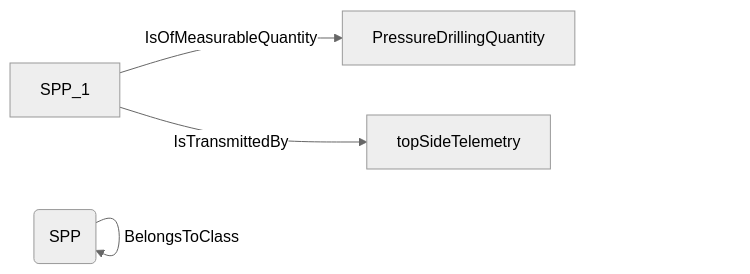
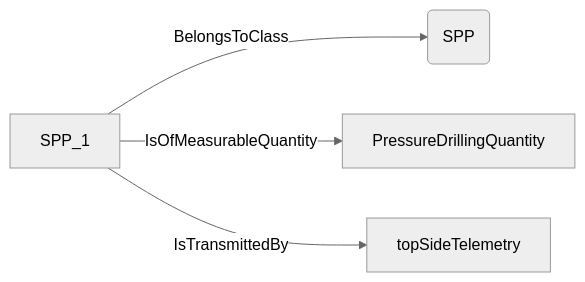
Diagram 11 of 14 in docs/vocabulary_development/auto-generated/md/definition-files/DataTransmission.md (D-WIS/DDHub-Semantic-Interoperability), drawn with Mermaid (neutral theme) before and after one commit. The commit also changed other lines of this file and 16 other files, not shown here.

````diff
--- a/docs/vocabulary_development/auto-generated/md/definition-files/DataTransmission.md
+++ b/docs/vocabulary_development/auto-generated/md/definition-files/DataTransmission.md
@@ -357,6 +357,6 @@
 ```mermaid
 graph LR
-	N0000[SPP] -->|BelongsToClass| N0000(SPP) 
-	N0001[SPP_1] -->|IsOfMeasurableQuantity| N0002[PressureDrillingQuantity] 
-	N0001[SPP_1] -->|IsTransmittedBy| N0003[topSideTelemetry] 
+	N0000[SPP_1] -->|BelongsToClass| N0001(SPP) 
+	N0000[SPP_1] -->|IsOfMeasurableQuantity| N0002[PressureDrillingQuantity] 
+	N0000[SPP_1] -->|IsTransmittedBy| N0003[topSideTelemetry] 
 ```
````
